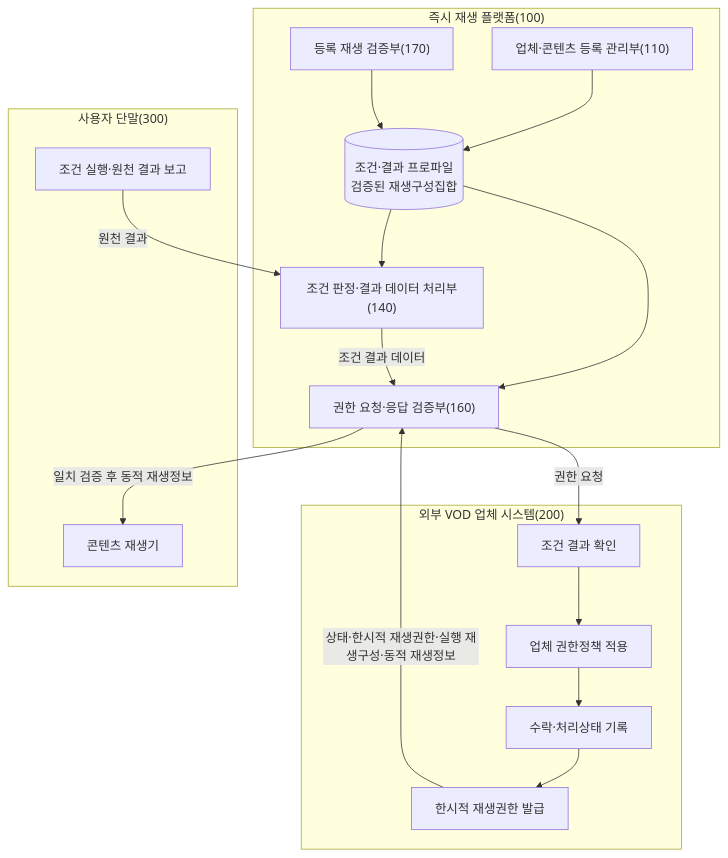
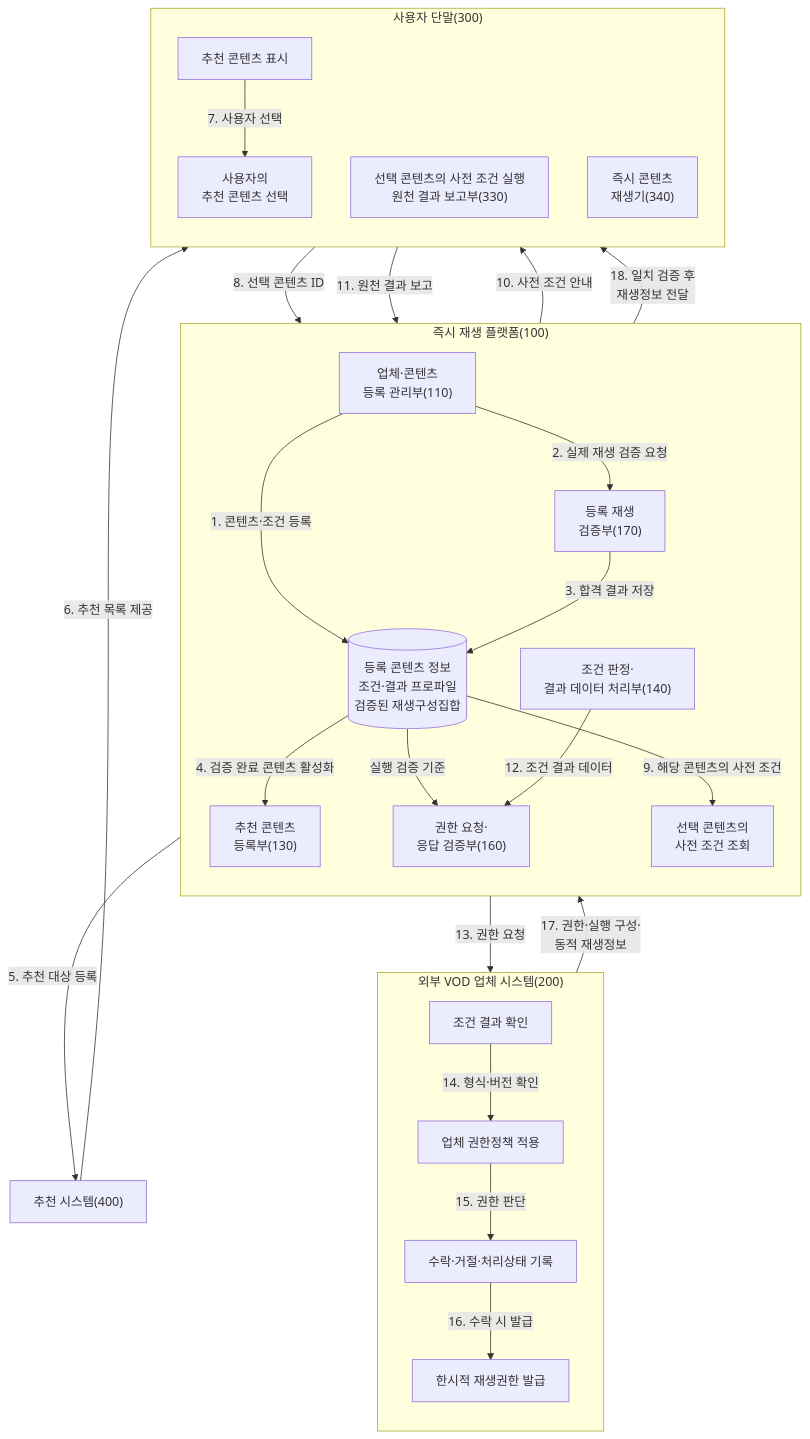
One commit to growdai1y/instant-play changed the seventh of 11 diagrams in instant_play_직무발명서_가독성개선본.md. Above: the diagram before and after it, drawn with Mermaid. The commit also changed other lines of this file and 1 other file, not shown here.

````diff
--- a/instant_play_직무발명서_가독성개선본.md
+++ b/instant_play_직무발명서_가독성개선본.md
@@ -472,33 +607,52 @@
 ```mermaid
 flowchart TB
     subgraph P["즉시 재생 플랫폼(100)"]
-        R["업체·콘텐츠 등록 관리부(110)"]
-        C["조건 판정·결과 데이터 처리부(140)"]
-        G["권한 요청·응답 검증부(160)"]
-        V["등록 재생 검증부(170)"]
-        S[("조건·결과 프로파일<br/>검증된 재생구성집합")]
-        R --> S
-        V --> S
-        S --> C
-        S --> G
+        direction TB
+        R["업체·콘텐츠<br/>등록 관리부(110)"]
+        V["등록 재생<br/>검증부(170)"]
+        S[("등록 콘텐츠 정보<br/>조건·결과 프로파일<br/>검증된 재생구성집합")]
+        RR["추천 콘텐츠<br/>등록부(130)"]
+        Q["선택 콘텐츠의<br/>사전 조건 조회"]
+        C["조건 판정·<br/>결과 데이터 처리부(140)"]
+        G["권한 요청·<br/>응답 검증부(160)"]
+
+        R -->|"1. 콘텐츠·조건 등록"| S
+        R -->|"2. 실제 재생 검증 요청"| V
+        V -->|"3. 합격 결과 저장"| S
+        S -->|"4. 검증 완료 콘텐츠 활성화"| RR
+        S -->|"실행 검증 기준"| G
     end
 
+    M["추천 시스템(400)"]
+
     subgraph O["외부 VOD 업체 시스템(200)"]
+        direction TB
         O1["조건 결과 확인"]
         O2["업체 권한정책 적용"]
-        O3["수락·처리상태 기록"]
+        O3["수락·거절·처리상태 기록"]
         O4["한시적 재생권한 발급"]
-        O1 --> O2 --> O3 --> O4
+        O1 -->|"14. 형식·버전 확인"| O2
+        O2 -->|"15. 권한 판단"| O3
+        O3 -->|"16. 수락 시 발급"| O4
     end
 
     subgraph D["사용자 단말(300)"]
-        D1["조건 실행·원천 결과 보고"]
-        D2["콘텐츠 재생기"]
+        direction TB
+        D0["추천 콘텐츠 표시"]
+        DS["사용자의<br/>추천 콘텐츠 선택"]
+        D1["선택 콘텐츠의 사전 조건 실행<br/>원천 결과 보고부(330)"]
+        D2["즉시 콘텐츠<br/>재생기(340)"]
+        D0 -->|"7. 사용자 선택"| DS
     end
 
-    D1 -->|"원천 결과"| C
-    C -->|"조건 결과 데이터"| G
-    G -->|"권한 요청"| O1
-    O4 -->|"상태·한시적 재생권한·실행 재생구성·동적 재생정보"| G
-    G -->|"일치 검증 후 동적 재생정보"| D2
+    RR -->|"5. 추천 대상 등록"| M
+    M -->|"6. 추천 목록 제공"| D0
+    DS -->|"8. 선택 콘텐츠 ID"| Q
+    S -->|"9. 해당 콘텐츠의 사전 조건"| Q
+    Q -->|"10. 사전 조건 안내"| D1
+    D1 -->|"11. 원천 결과 보고"| C
+    C -->|"12. 조건 결과 데이터"| G
+    G -->|"13. 권한 요청"| O1
+    O4 -->|"17. 권한·실행 구성·<br/>동적 재생정보"| G
+    G -->|"18. 일치 검증 후<br/>재생정보 전달"| D2
 ```
````
